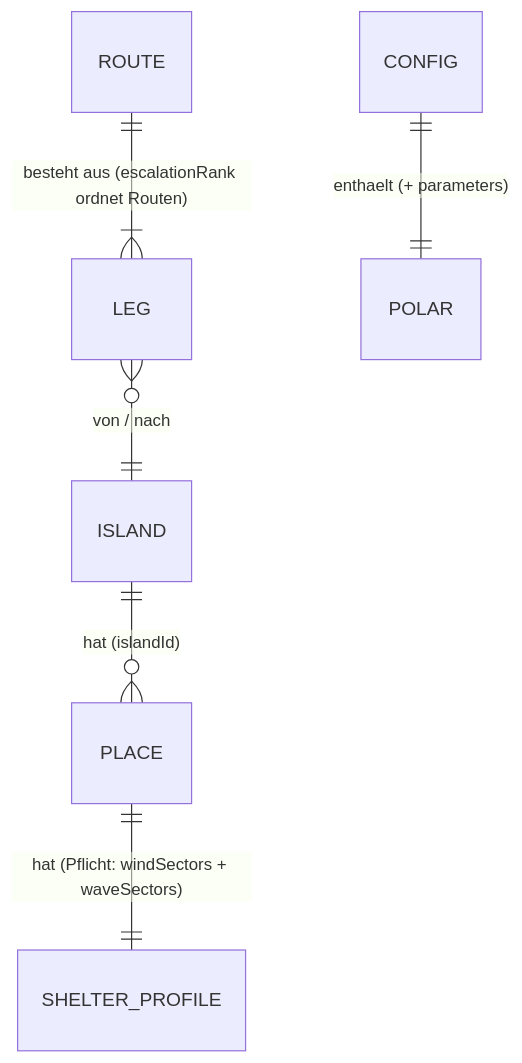
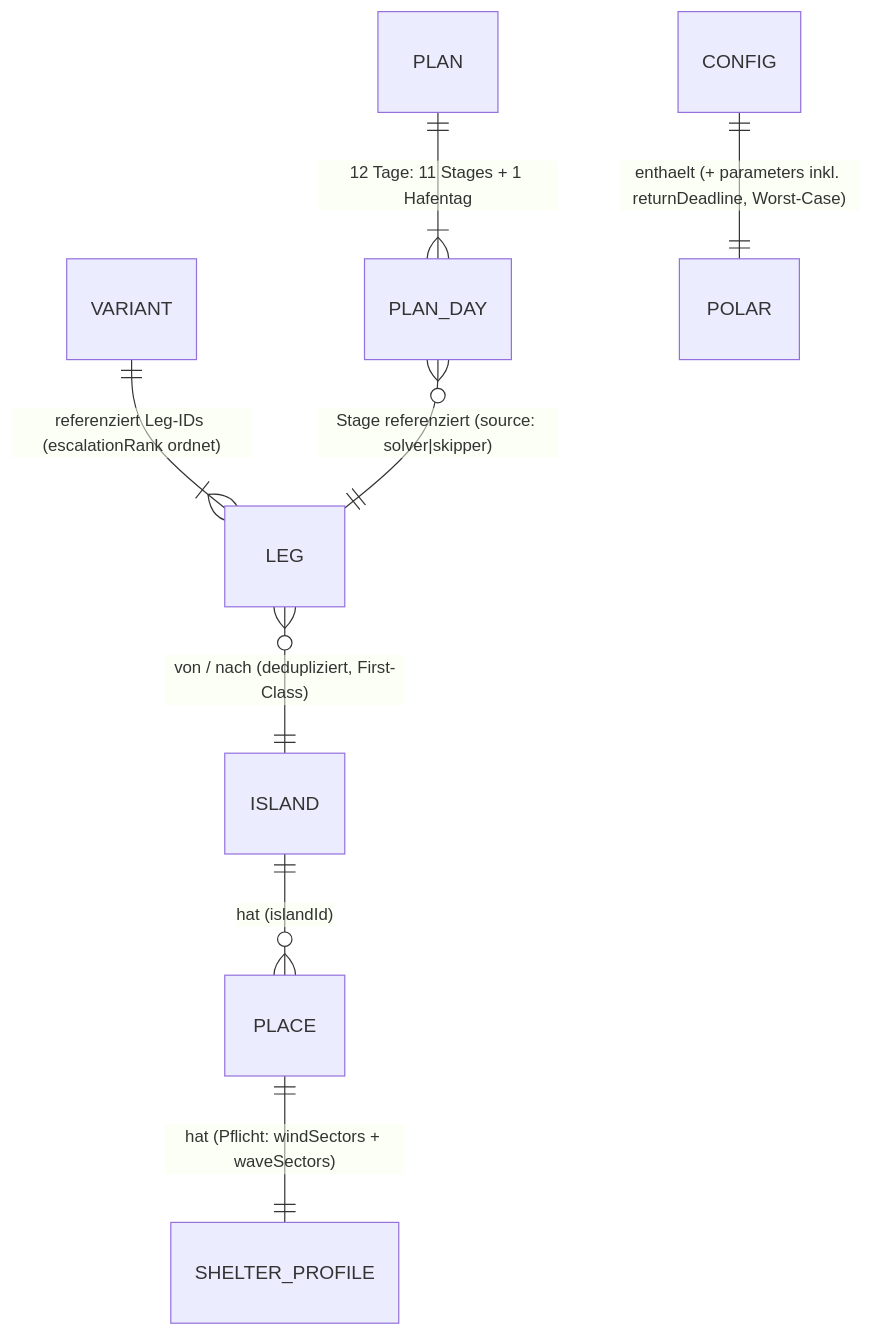
Before and after one commit to mantapanta/sailgreece-router: the second of 3 diagrams in _bmad-output/planning-artifacts/architecture/architecture-sailgreece-router-2026-07-30/ARCHITECTURE-SPINE.md, drawn with Mermaid. The commit also changed other lines of this file and 43 other files, not shown here.

First line of the commit message:
feat(domain): Round-Trip-Umbau I — Plan-Modell, Solver, Bewertung

````diff
--- a/_bmad-output/planning-artifacts/architecture/architecture-sailgreece-router-2026-07-30/ARCHITECTURE-SPINE.md
+++ b/_bmad-output/planning-artifacts/architecture/architecture-sailgreece-router-2026-07-30/ARCHITECTURE-SPINE.md
@@ -272,8 +466,10 @@
 ```mermaid
 erDiagram
   ISLAND ||--o{ PLACE : "hat (islandId)"
-  ROUTE ||--|{ LEG : "besteht aus (escalationRank ordnet Routen)"
-  LEG }o--|| ISLAND : "von / nach"
+  LEG }o--|| ISLAND : "von / nach (dedupliziert, First-Class)"
+  VARIANT ||--|{ LEG : "referenziert Leg-IDs (escalationRank ordnet)"
+  PLAN ||--|{ PLAN_DAY : "12 Tage: 11 Stages + 1 Hafentag"
+  PLAN_DAY }o--|| LEG : "Stage referenziert (source: solver|skipper)"
   PLACE ||--|| SHELTER_PROFILE : "hat (Pflicht: windSectors + waveSectors)"
-  CONFIG ||--|| POLAR : "enthaelt (+ parameters)"
+  CONFIG ||--|| POLAR : "enthaelt (+ parameters inkl. returnDeadline, Worst-Case)"
 ```
````
